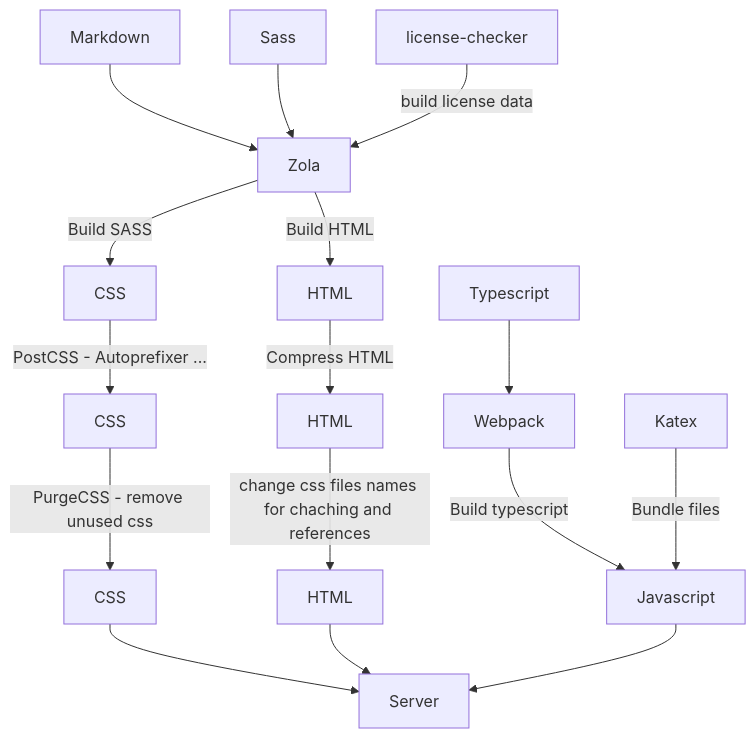
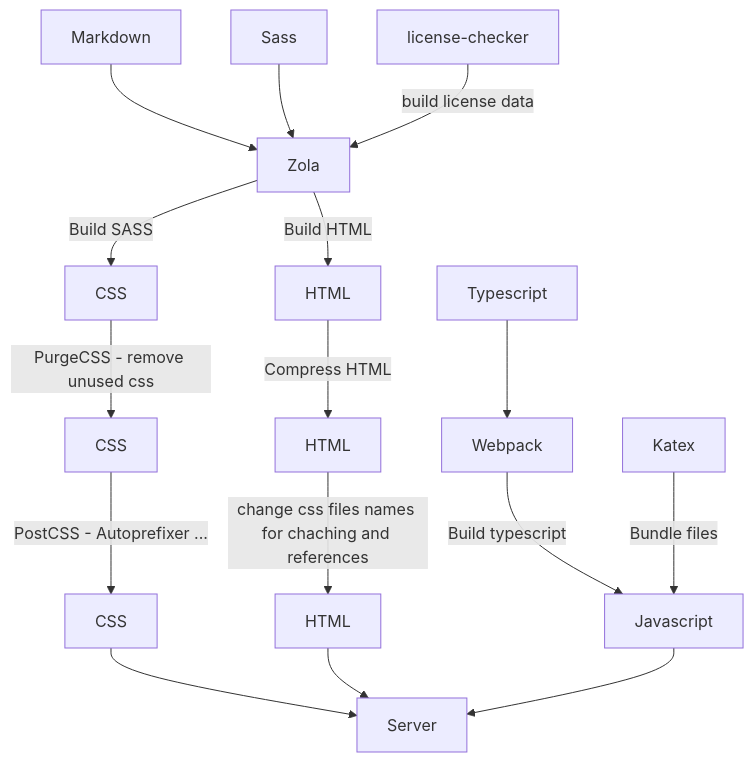
The diagram in README.md (Chaostheorie/coderdojo-website-mirror), drawn with Mermaid before and after one commit. The commit also changed 4 other files, not shown here.

````diff
--- a/README.md
+++ b/README.md
@@ -128,18 +128,18 @@
 ```mermaid
 graph TD
     M[Markdown] --> Z
     S[Sass] --> Z
     T[Typescript] --> W
     Z -->|Build SASS| C[CSS]
     Z[Zola] -->|Build HTML| H[HTML]
     L[license-checker] -->|build license data| Z
     W[Webpack] -->|Build typescript| J[Javascript]
     K[Katex] -->|Bundle files| J
     H -->|Compress HTML| H1[HTML]
-    C -->|PostCSS - Autoprefixer ...| C1[CSS]
-    C1 -->|PurgeCSS - remove unused css| C2[CSS]
+    C -->|PurgeCSS - remove unused css| C1[CSS]
+    C1 -->|PostCSS - Autoprefixer ...| C2[CSS]
     H1 -->|change css files names for chaching and references| H2[HTML]
     C2 --> SC[Server]
     H2 --> SC
     J --> SC
 ```
````
